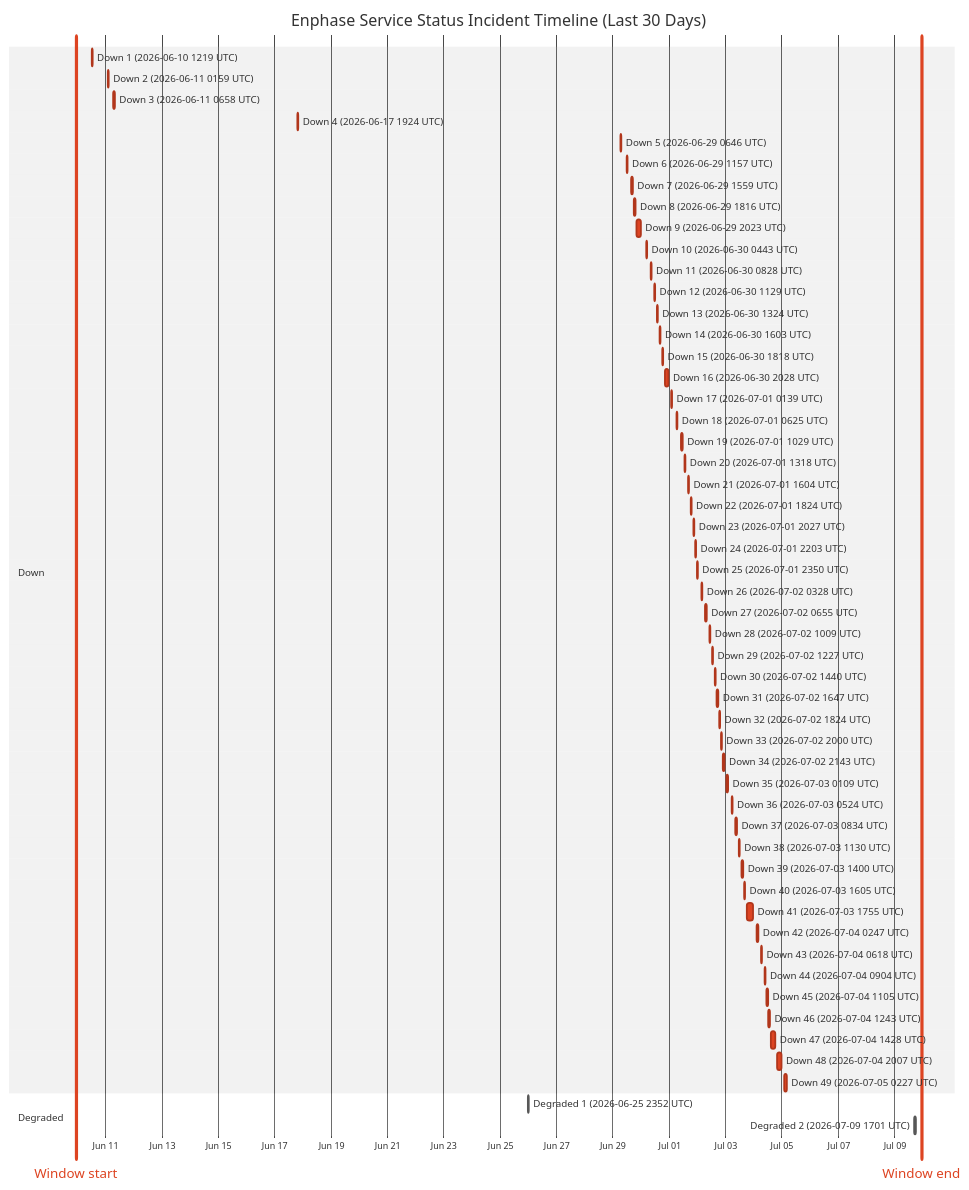
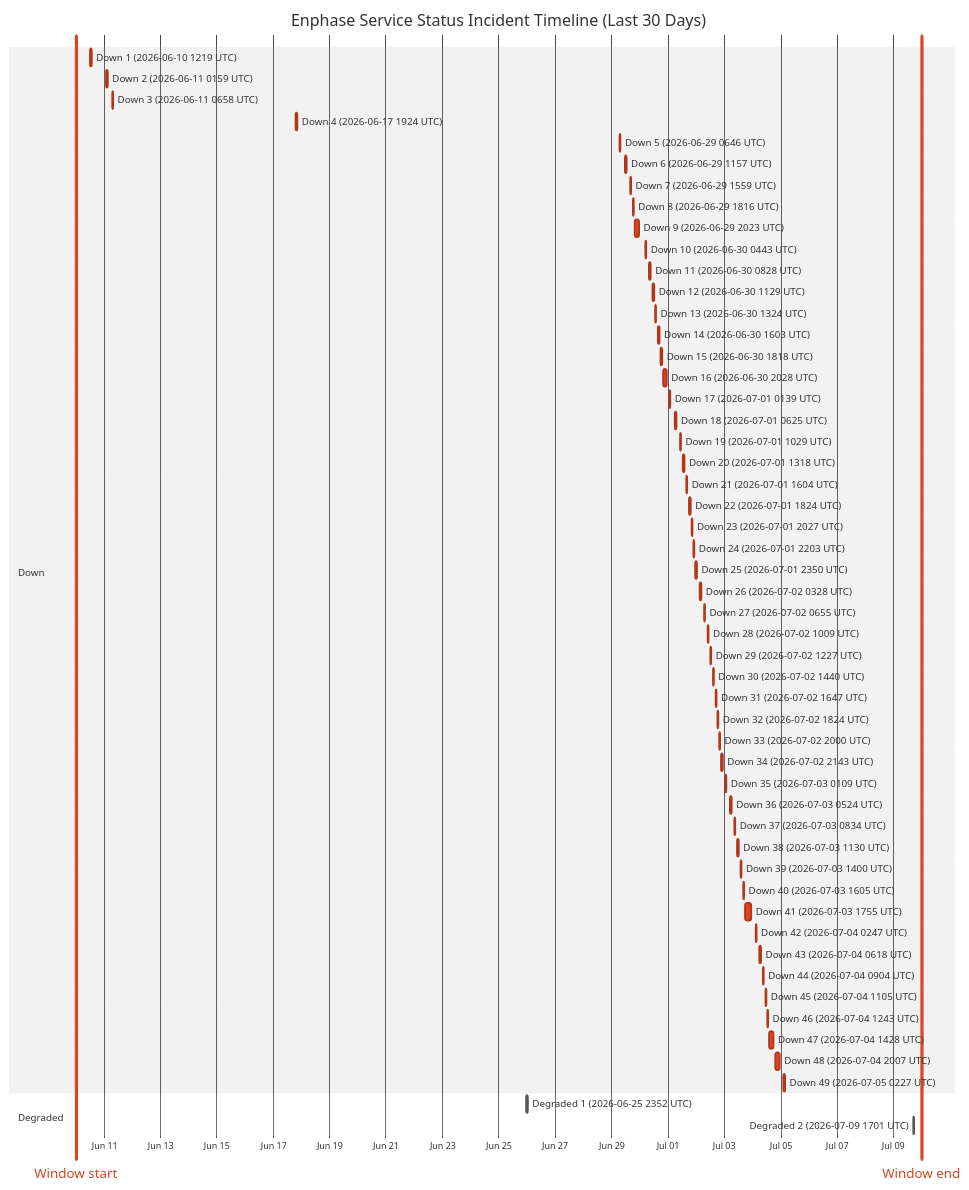
The diagram in wiki/Service-Status-History.md (barneyonline/ha-enphase-energy), drawn with Mermaid (neutral theme) before and after one commit. The commit also changed other lines of this file and 3 other files, not shown here.

````diff
--- a/wiki/Service-Status-History.md
+++ b/wiki/Service-Status-History.md
@@ -14,61 +14,61 @@
 ```mermaid
 gantt
     title Enphase Service Status Incident Timeline (Last 30 Days)
     dateFormat  YYYY-MM-DDTHH:mm:ss
     axisFormat  %b %d
-    Window start :vert, window-start, 2026-06-09T22:49:10, 0ms
-    Window end :vert, window-end, 2026-07-09T22:49:10, 0ms
+    Window start :vert, window-start, 2026-06-10T00:03:10, 0ms
+    Window end :vert, window-end, 2026-07-10T00:03:10, 0ms
     section Down
     Down 1 (2026-06-10 1219 UTC) :crit, down-1, 2026-06-10T12:19:21, 60m
     Down 2 (2026-06-11 0159 UTC) :crit, down-2, 2026-06-11T01:59:36, 60m
     Down 3 (2026-06-11 0658 UTC) :crit, down-3, 2026-06-11T06:58:45, 60m
     Down 4 (2026-06-17 1924 UTC) :crit, down-4, 2026-06-17T19:24:51, 60m
     Down 5 (2026-06-29 0646 UTC) :crit, down-5, 2026-06-29T06:46:18, 60m
     Down 6 (2026-06-29 1157 UTC) :crit, down-6, 2026-06-29T11:57:36, 60m
     Down 7 (2026-06-29 1559 UTC) :crit, down-7, 2026-06-29T15:59:02, 60m
     Down 8 (2026-06-29 1816 UTC) :crit, down-8, 2026-06-29T18:16:38, 60m
     Down 9 (2026-06-29 2023 UTC) :crit, down-9, 2026-06-29T20:23:16, 220m
     Down 10 (2026-06-30 0443 UTC) :crit, down-10, 2026-06-30T04:43:54, 60m
     Down 11 (2026-06-30 0828 UTC) :crit, down-11, 2026-06-30T08:28:43, 60m
     Down 12 (2026-06-30 1129 UTC) :crit, down-12, 2026-06-30T11:29:15, 60m
     Down 13 (2026-06-30 1324 UTC) :crit, down-13, 2026-06-30T13:24:25, 60m
     Down 14 (2026-06-30 1603 UTC) :crit, down-14, 2026-06-30T16:03:26, 60m
     Down 15 (2026-06-30 1818 UTC) :crit, down-15, 2026-06-30T18:18:39, 60m
     Down 16 (2026-06-30 2028 UTC) :crit, down-16, 2026-06-30T20:28:54, 171m
     Down 17 (2026-07-01 0139 UTC) :crit, down-17, 2026-07-01T01:39:18, 60m
     Down 18 (2026-07-01 0625 UTC) :crit, down-18, 2026-07-01T06:25:35, 60m
     Down 19 (2026-07-01 1029 UTC) :crit, down-19, 2026-07-01T10:29:24, 60m
     Down 20 (2026-07-01 1318 UTC) :crit, down-20, 2026-07-01T13:18:31, 60m
     Down 21 (2026-07-01 1604 UTC) :crit, down-21, 2026-07-01T16:04:29, 60m
     Down 22 (2026-07-01 1824 UTC) :crit, down-22, 2026-07-01T18:24:21, 60m
     Down 23 (2026-07-01 2027 UTC) :crit, down-23, 2026-07-01T20:27:17, 60m
     Down 24 (2026-07-01 2203 UTC) :crit, down-24, 2026-07-01T22:03:46, 60m
     Down 25 (2026-07-01 2350 UTC) :crit, down-25, 2026-07-01T23:50:52, 60m
     Down 26 (2026-07-02 0328 UTC) :crit, down-26, 2026-07-02T03:28:33, 60m
     Down 27 (2026-07-02 0655 UTC) :crit, down-27, 2026-07-02T06:55:07, 60m
     Down 28 (2026-07-02 1009 UTC) :crit, down-28, 2026-07-02T10:09:15, 60m
     Down 29 (2026-07-02 1227 UTC) :crit, down-29, 2026-07-02T12:27:49, 60m
     Down 30 (2026-07-02 1440 UTC) :crit, down-30, 2026-07-02T14:40:53, 60m
     Down 31 (2026-07-02 1647 UTC) :crit, down-31, 2026-07-02T16:47:47, 60m
     Down 32 (2026-07-02 1824 UTC) :crit, down-32, 2026-07-02T18:24:26, 60m
     Down 33 (2026-07-02 2000 UTC) :crit, down-33, 2026-07-02T20:00:57, 60m
     Down 34 (2026-07-02 2143 UTC) :crit, down-34, 2026-07-02T21:43:52, 80m
     Down 35 (2026-07-03 0109 UTC) :crit, down-35, 2026-07-03T01:09:19, 60m
     Down 36 (2026-07-03 0524 UTC) :crit, down-36, 2026-07-03T05:24:23, 60m
     Down 37 (2026-07-03 0834 UTC) :crit, down-37, 2026-07-03T08:34:05, 60m
     Down 38 (2026-07-03 1130 UTC) :crit, down-38, 2026-07-03T11:30:41, 60m
     Down 39 (2026-07-03 1400 UTC) :crit, down-39, 2026-07-03T14:00:48, 60m
     Down 40 (2026-07-03 1605 UTC) :crit, down-40, 2026-07-03T16:05:49, 60m
     Down 41 (2026-07-03 1755 UTC) :crit, down-41, 2026-07-03T17:55:54, 338m
     Down 42 (2026-07-04 0247 UTC) :crit, down-42, 2026-07-04T02:47:22, 60m
     Down 43 (2026-07-04 0618 UTC) :crit, down-43, 2026-07-04T06:18:09, 60m
     Down 44 (2026-07-04 0904 UTC) :crit, down-44, 2026-07-04T09:04:41, 60m
     Down 45 (2026-07-04 1105 UTC) :crit, down-45, 2026-07-04T11:05:21, 60m
     Down 46 (2026-07-04 1243 UTC) :crit, down-46, 2026-07-04T12:43:25, 60m
     Down 47 (2026-07-04 1428 UTC) :crit, down-47, 2026-07-04T14:28:07, 243m
     Down 48 (2026-07-04 2007 UTC) :crit, down-48, 2026-07-04T20:07:50, 206m
     Down 49 (2026-07-05 0227 UTC) :crit, down-49, 2026-07-05T02:27:32, 109m
     section Degraded
     Degraded 1 (2026-06-25 2352 UTC) :active, degraded-1, 2026-06-25T23:52:01, 60m
     Degraded 2 (2026-07-09 1701 UTC) :active, degraded-2, 2026-07-09T17:01:02, 60m
 ```
````
